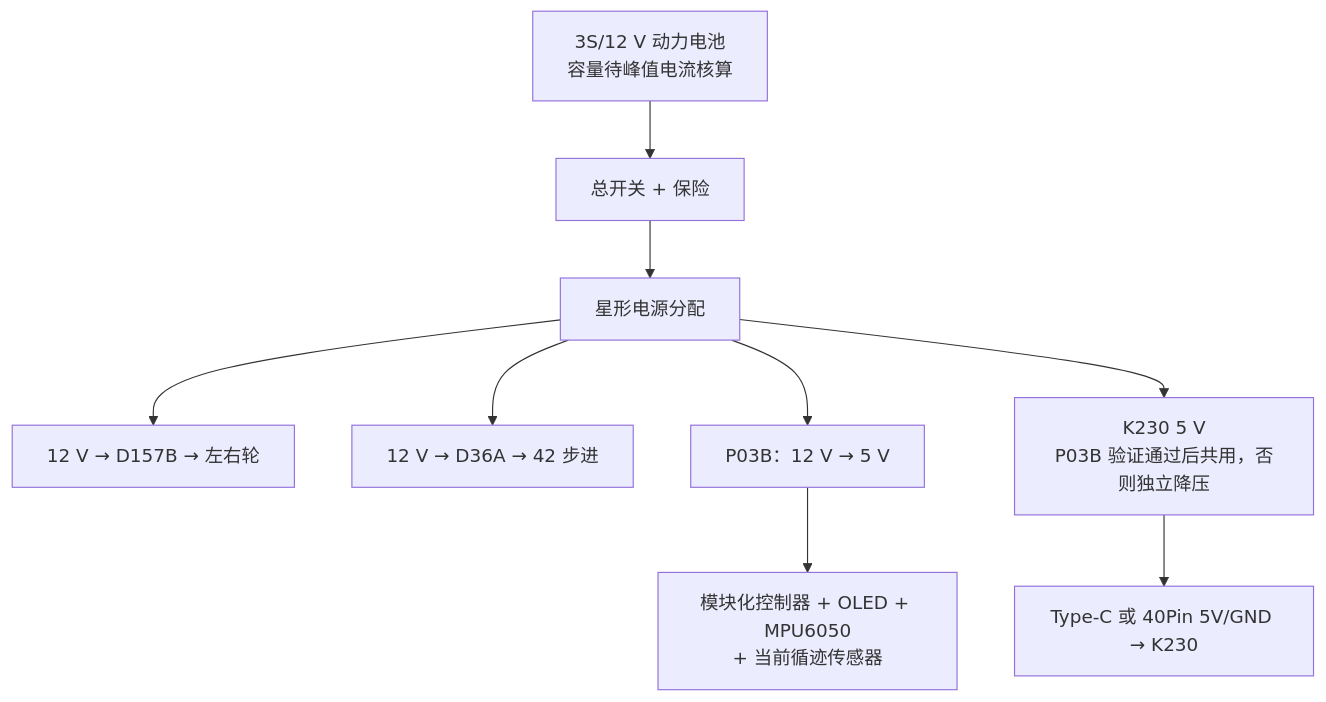
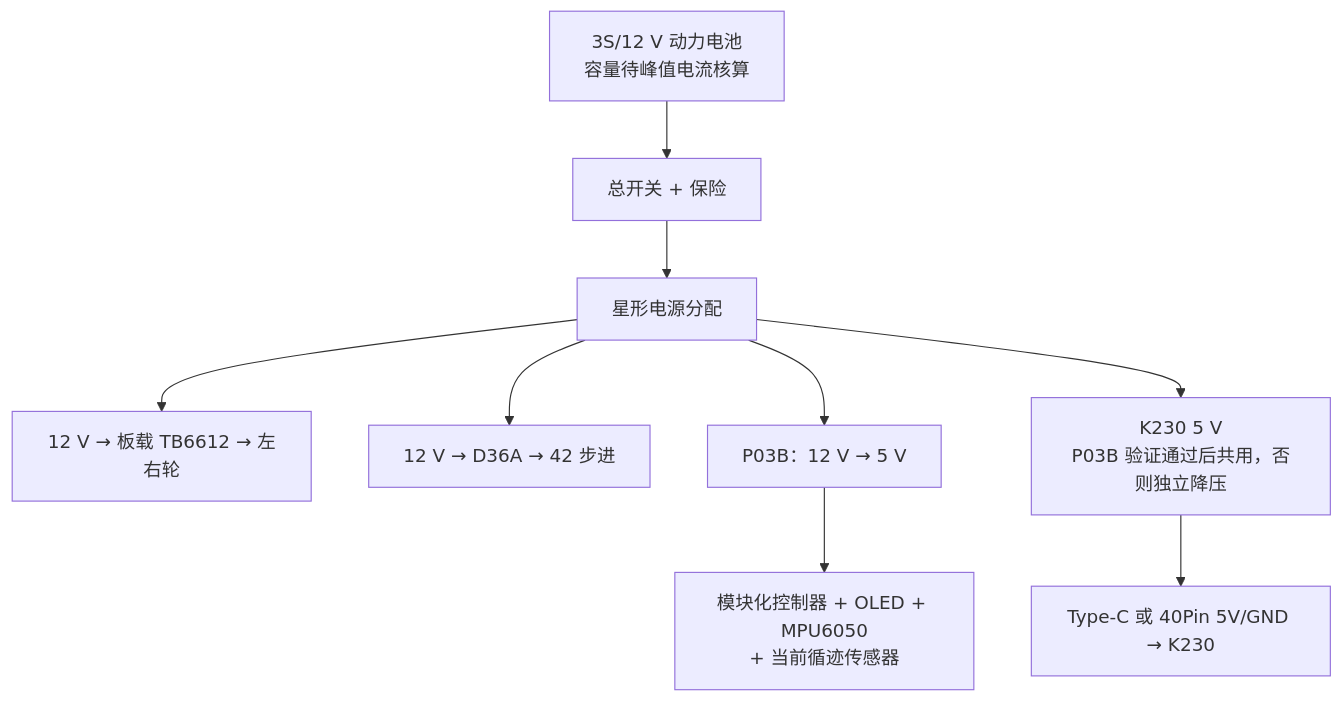
Before and after one commit to Cris7z/ElectronicDesignContest2026: the second of 2 diagrams in README.md, drawn with Mermaid. The commit also changed other lines of this file and 22 other files, not shown here.

````diff
--- a/README.md
+++ b/README.md
@@ -113,11 +113,11 @@
 ```mermaid
 flowchart TD
     BAT["3S/12 V 动力电池\n容量待峰值电流核算"] --> SW["总开关 + 保险"]
     SW --> STAR["星形电源分配"]
-    STAR --> M12["12 V → D157B → 左右轮"]
+    STAR --> M12["12 V → 板载 TB6612 → 左右轮"]
     STAR --> S12["12 V → D36A → 42 步进"]
     STAR --> P03["P03B：12 V → 5 V"]
     P03 --> C5["模块化控制器 + OLED + MPU6050\n+ 当前循迹传感器"]
     STAR --> K5["K230 5 V\nP03B 验证通过后共用，否则独立降压"]
     K5 --> K230P["Type-C 或 40Pin 5V/GND → K230"]
 ```
````
